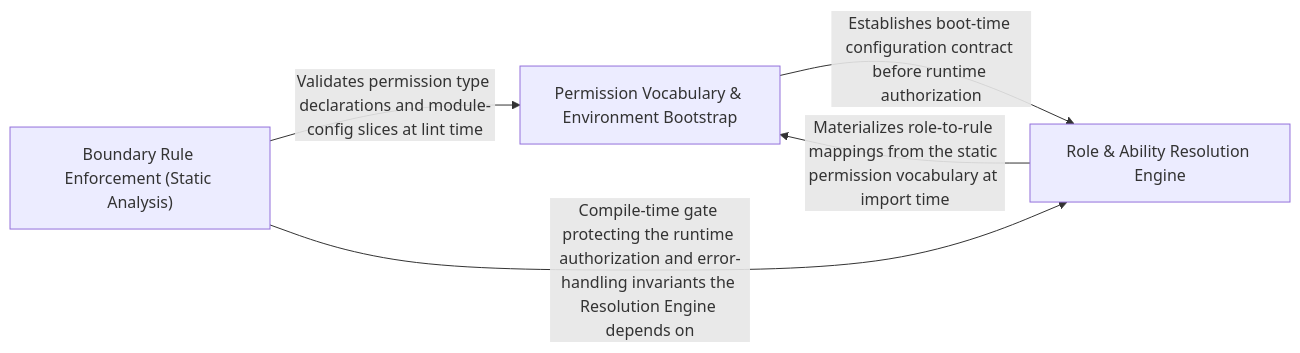
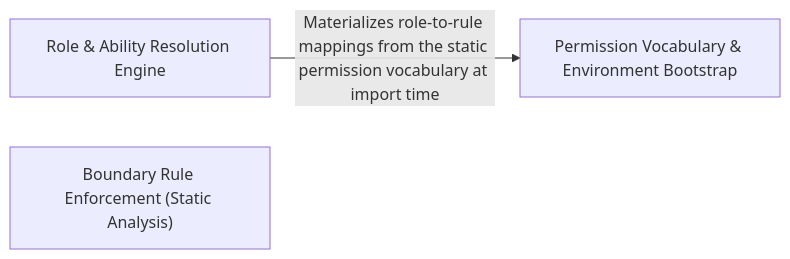
One commit to Guebbit/boilerplate-node-backend changed the diagram in .2brain/arch/Boundary_Enforcement_Permission_Primitives.md. Above: the diagram before and after it, drawn with Mermaid. The commit also changed other lines of this file and 1102 other files, not shown here.

````diff
--- a/.2brain/arch/Boundary_Enforcement_Permission_Primitives.md
+++ b/.2brain/arch/Boundary_Enforcement_Permission_Primitives.md
@@ -10,10 +10,7 @@
 ```mermaid
 graph LR
     Permission_Vocabulary_Environment_Bootstrap["Permission Vocabulary & Environment Bootstrap"]
     Role_Ability_Resolution_Engine["Role & Ability Resolution Engine"]
     Boundary_Rule_Enforcement_Static_Analysis_["Boundary Rule Enforcement (Static Analysis)"]
-    Permission_Vocabulary_Environment_Bootstrap -- "Establishes boot-time configuration contract before runtime authorization" --> Role_Ability_Resolution_Engine
     Role_Ability_Resolution_Engine -- "Materializes role-to-rule mappings from the static permission vocabulary at import time" --> Permission_Vocabulary_Environment_Bootstrap
-    Boundary_Rule_Enforcement_Static_Analysis_ -- "Validates permission type declarations and module-config slices at lint time" --> Permission_Vocabulary_Environment_Bootstrap
-    Boundary_Rule_Enforcement_Static_Analysis_ -- "Compile-time gate protecting the runtime authorization and error-handling invariants the Resolution Engine depends on" --> Role_Ability_Resolution_Engine
 ```
````
